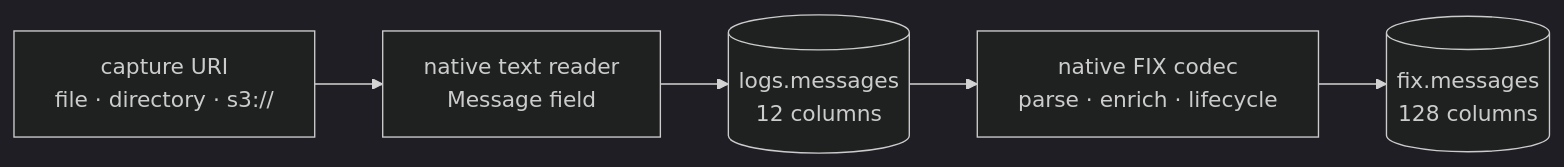
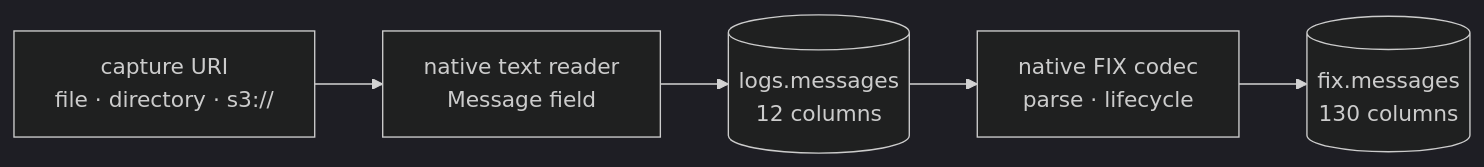
One commit to Platob/yggfin changed the diagram in docs/index.md. Above: the diagram before and after it, drawn with Mermaid (dark theme). The commit also changed 1126 other files, not shown here.

````diff
--- a/docs/index.md
+++ b/docs/index.md
@@ -38,7 +38,7 @@
 ```mermaid
 flowchart LR
     S["capture URI<br/>file · directory · s3://"] --> T["native text reader<br/>Message field"]
     T --> M[("logs.messages<br/>12 columns")]
-    M --> F["native FIX codec<br/>parse · enrich · lifecycle"]
-    F --> O[("fix.messages<br/>128 columns")]
+    M --> F["native FIX codec<br/>parse · lifecycle"]
+    F --> O[("fix.messages<br/>130 columns")]
 ```
````
